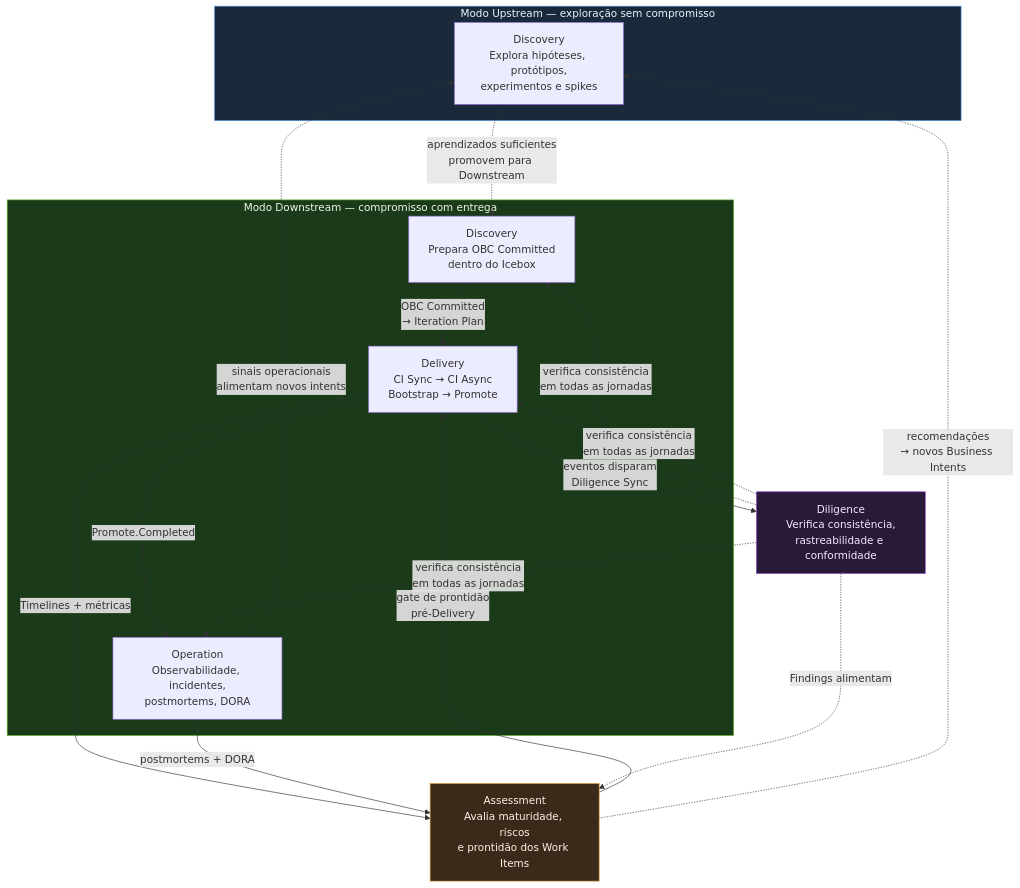
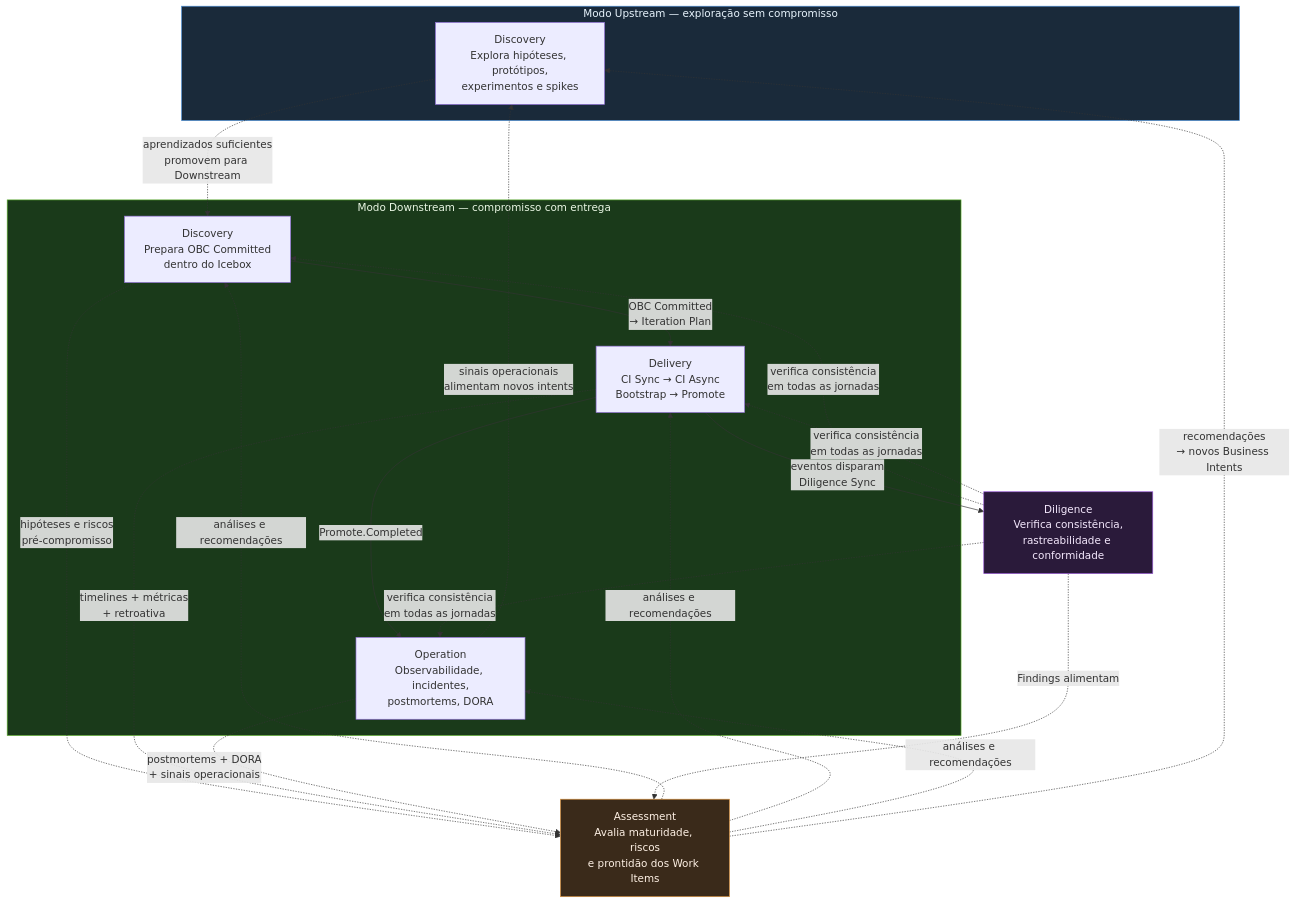
Before and after one commit to produtoreativo/payments-api: the diagram in prodops/framework/journeys/README.md, drawn with Mermaid. The commit also changed other lines of this file, not shown here.

First line of the commit message:
docs(journeys): fix transversal journeys section — Assessment and Diligence both cross all 3 product journeys

````diff
--- a/prodops/framework/journeys/README.md
+++ b/prodops/framework/journeys/README.md
@@ -37,39 +37,42 @@
 ```mermaid
 flowchart TD
     subgraph UPSTREAM["Modo Upstream — exploração sem compromisso"]
         DIS_UP["Discovery\nExplora hipóteses, protótipos,\nexperimentos e spikes"]
     end
 
     subgraph DOWNSTREAM["Modo Downstream — compromisso com entrega"]
         DIS_DOWN["Discovery\nPrepara OBC Committed\ndentro do Icebox"]
         DEL["Delivery\nCI Sync → CI Async\nBootstrap → Promote"]
         OP["Operation\nObservabilidade, incidentes,\npostmortems, DORA"]
     end
 
     ASS["Assessment\nAvalia maturidade, riscos\ne prontidão dos Work Items"]
     DIL["Diligence\nVerifica consistência,\nrastreabilidade e conformidade"]
 
     %% Fluxo principal
     DIS_UP -."aprendizados suficientes\npromovem para Downstream".-> DIS_DOWN
     DIS_DOWN -->|"OBC Committed\n→ Iteration Plan"| DEL
     DEL -->|"Promote.Completed"| OP
     OP -."sinais operacionais\nalimentam novos intents".-> DIS_UP
 
-    %% Assessment — gate prospectivo e análise retrospectiva
-    ASS -->|"gate de prontidão\npré-Delivery"| DEL
-    DEL -->|"Timelines + métricas"| ASS
-    OP -->|"postmortems + DORA"| ASS
+    %% Assessment — transversal às 3 jornadas de produto
+    ASS -."análises e recomendações".-> DIS_DOWN
+    ASS -."análises e recomendações".-> DEL
+    ASS -."análises e recomendações".-> OP
+    DIS_DOWN -."hipóteses e riscos\npré-compromisso".-> ASS
+    DEL -."timelines + métricas\n+ retroativa".-> ASS
+    OP -."postmortems + DORA\n+ sinais operacionais".-> ASS
     ASS -."recomendações\n→ novos Business Intents".-> DIS_UP
 
-    %% Diligence — transversal
+    %% Diligence — transversal às 3 jornadas de produto
     DIL -."verifica consistência\nem todas as jornadas".-> DIS_DOWN
     DIL -."verifica consistência\nem todas as jornadas".-> DEL
     DIL -."verifica consistência\nem todas as jornadas".-> OP
     DEL -->|"eventos disparam\nDiligence Sync"| DIL
     DIL -."Findings alimentam".-> ASS
 
     style UPSTREAM fill:#1a2a3a,stroke:#4a90d9,color:#e8f4fd
     style DOWNSTREAM fill:#1a3a1a,stroke:#5aad2a,color:#eaf7e4
     style ASS fill:#3a2a1a,stroke:#d9903a,color:#fdf0e4
     style DIL fill:#2a1a3a,stroke:#9a5ad9,color:#f4e8fd
 ```
````
